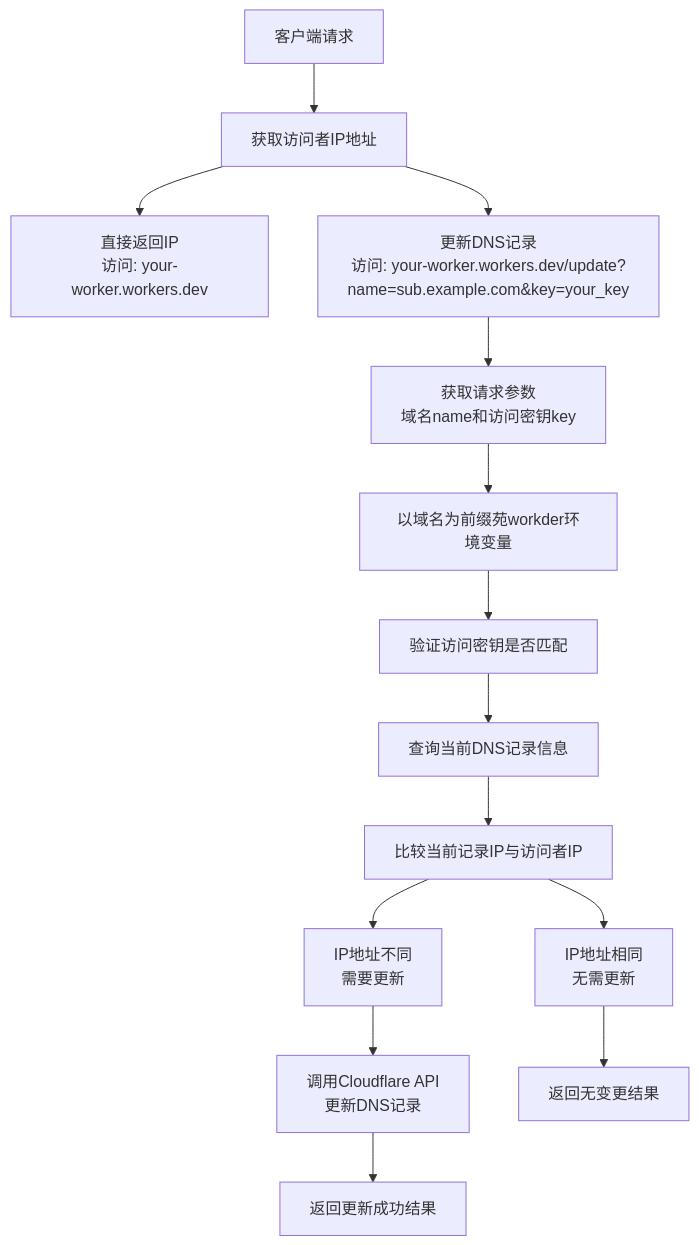
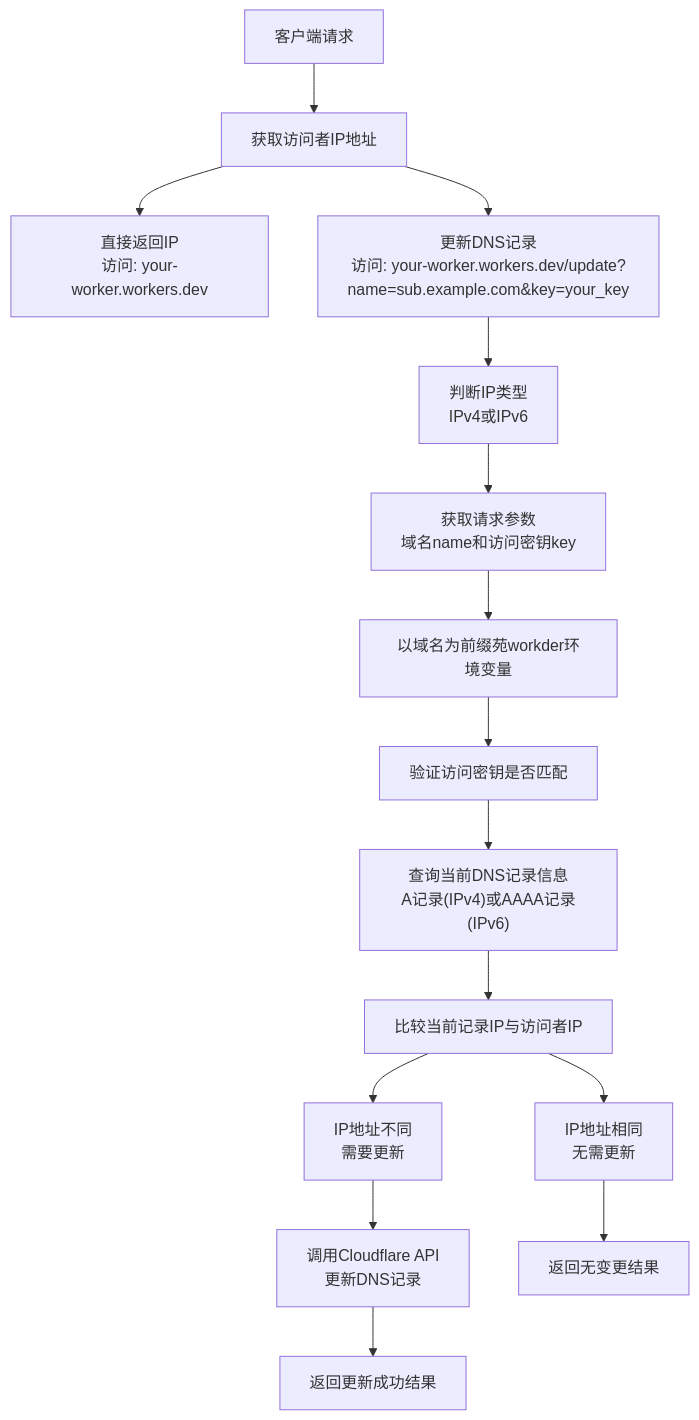
One commit to littletao08/ddns-worker changed the diagram in README.md. Above: the diagram before and after it, drawn with Mermaid. The commit also changed other lines of this file and 1 other file, not shown here.

Commit message:
support ipv6 dns record

````diff
--- a/README.md
+++ b/README.md
@@ -15,16 +16,17 @@
 ```mermaid
 flowchart TD
     A["客户端请求"] --> B["获取访问者IP地址"]
     B --> C["直接返回IP<br/>访问: your-worker.workers.dev"]
     B --> D["更新DNS记录<br/>访问: your-worker.workers.dev/update?name=sub.example.com&key=your_key"]
-    D --> F["获取请求参数<br/>域名name和访问密钥key"]
+    D --> E["判断IP类型<br/>IPv4或IPv6"]
+    E --> F["获取请求参数<br/>域名name和访问密钥key"]
     F --> G["以域名为前缀苑workder环境变量"]
     G --> H["验证访问密钥是否匹配"]
-    H --> I["查询当前DNS记录信息"]
+    H --> I["查询当前DNS记录信息<br/>A记录(IPv4)或AAAA记录(IPv6)"]
     I --> J["比较当前记录IP与访问者IP"]
     J --> K["IP地址相同<br/>无需更新"]
     J --> L["IP地址不同<br/>需要更新"]
     L --> M["调用Cloudflare API<br/>更新DNS记录"]
     K --> N["返回无变更结果"]
     M --> O["返回更新成功结果"]
 ```
````
